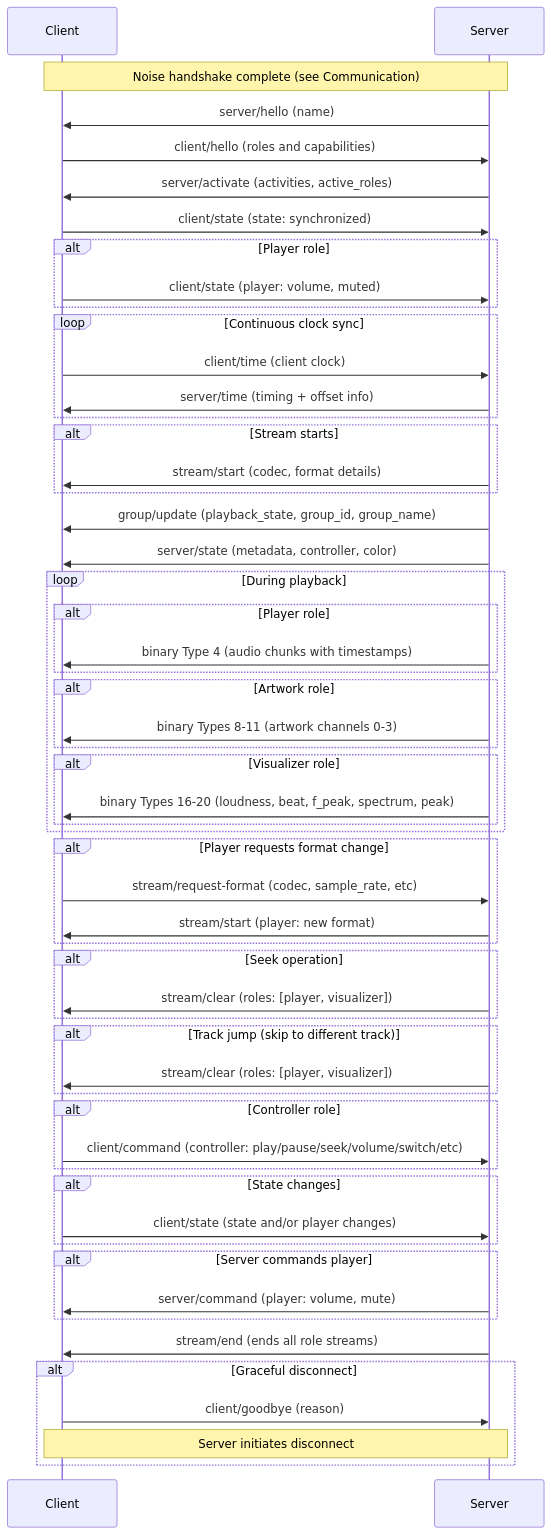
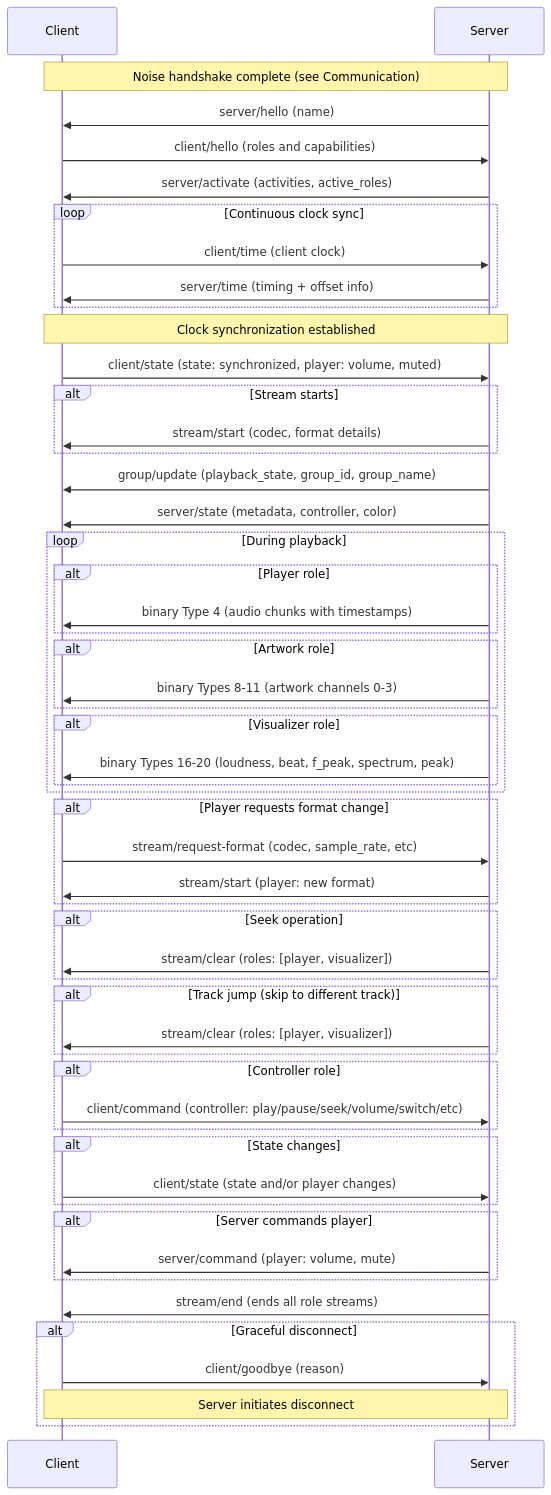
Before and after one commit to Resonate-Protocol/spec: the first of 4 diagrams in README.md, drawn with Mermaid. The commit also changed other lines of this file, not shown here.

First line of the commit message:
Simplify client/state status (#102)

````diff
--- a/README.md
+++ b/README.md
@@ -344,72 +346,70 @@
 ```mermaid
 sequenceDiagram
     participant Client
     participant Server
 
     Note over Client,Server: Noise handshake complete (see Communication)
 
     Server->>Client: server/hello (name)
     Client->>Server: client/hello (roles and capabilities)
     Server->>Client: server/activate (activities, active_roles)
 
-    Client->>Server: client/state (state: synchronized)
-    alt Player role
-        Client->>Server: client/state (player: volume, muted)
-    end
-
     loop Continuous clock sync
         Client->>Server: client/time (client clock)
         Server->>Client: server/time (timing + offset info)
     end
+
+    Note over Client,Server: Clock synchronization established
+    Client->>Server: client/state (state: synchronized, player: volume, muted)
 
     alt Stream starts
         Server->>Client: stream/start (codec, format details)
     end
 
     Server->>Client: group/update (playback_state, group_id, group_name)
     Server->>Client: server/state (metadata, controller, color)
 
     loop During playback
         alt Player role
             Server->>Client: binary Type 4 (audio chunks with timestamps)
         end
         alt Artwork role
             Server->>Client: binary Types 8-11 (artwork channels 0-3)
         end
         alt Visualizer role
             Server->>Client: binary Types 16-20 (loudness, beat, f_peak, spectrum, peak)
         end
     end
 
     alt Player requests format change
         Client->>Server: stream/request-format (codec, sample_rate, etc)
         Server->>Client: stream/start (player: new format)
     end
 
     alt Seek operation
         Server->>Client: stream/clear (roles: [player, visualizer])
     end
 
     alt Track jump (skip to different track)
         Server->>Client: stream/clear (roles: [player, visualizer])
     end
 
     alt Controller role
         Client->>Server: client/command (controller: play/pause/seek/volume/switch/etc)
     end
 
     alt State changes
         Client->>Server: client/state (state and/or player changes)
     end
 
     alt Server commands player
         Server->>Client: server/command (player: volume, mute)
     end
 
     Server->>Client: stream/end (ends all role streams)
 
     alt Graceful disconnect
         Client->>Server: client/goodbye (reason)
         Note over Client,Server: Server initiates disconnect
     end
 ```
````
